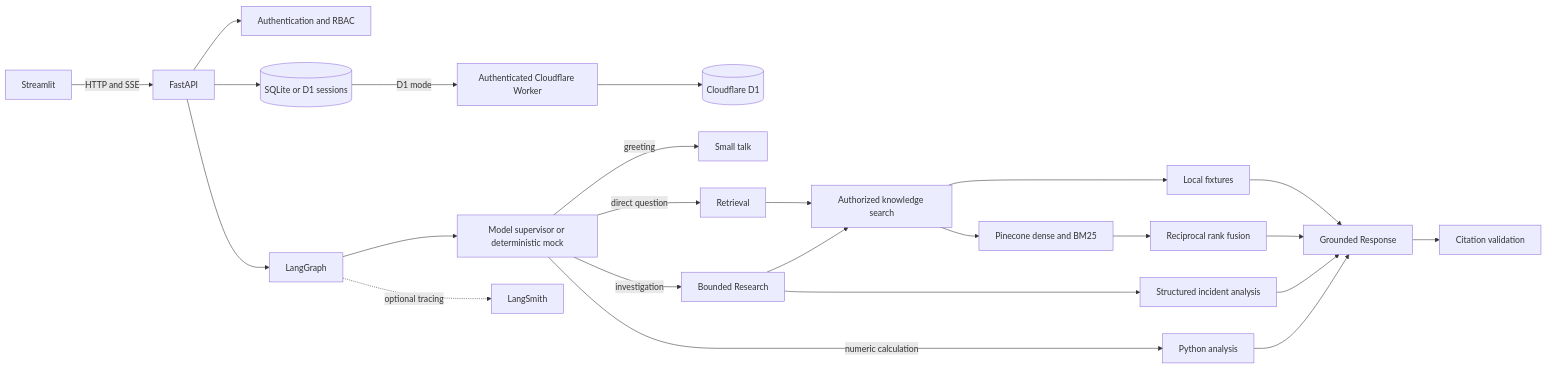
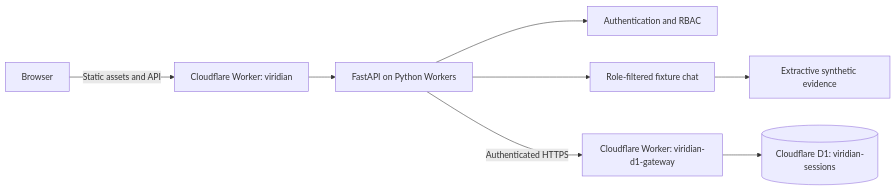
One commit to Thavarshan/enterprise-knowledge-assistant changed the diagram in README.md. Above: the diagram before and after it, drawn with Mermaid. The commit also changed other lines of this file and 62 other files, not shown here.

Commit message:
Deploy Viridian on Cloudflare

````diff
--- a/README.md
+++ b/README.md
@@ -21,26 +25,10 @@
 ```mermaid
 flowchart LR
-    UI[Streamlit] -->|HTTP and SSE| API[FastAPI]
+    B[Browser] -->|Static assets and API| W[Cloudflare Worker: viridian]
+    W --> API[FastAPI on Python Workers]
     API --> AUTH[Authentication and RBAC]
-  API --> MEM[(SQLite or D1 sessions)]
-  MEM -->|D1 mode| WORKER[Authenticated Cloudflare Worker]
-  WORKER --> D1[(Cloudflare D1)]
-    API --> GRAPH[LangGraph]
-    GRAPH --> SUP[Model supervisor or deterministic mock]
-    SUP -->|greeting| SMALL[Small talk]
-    SUP -->|direct question| RET[Retrieval]
-    SUP -->|investigation| RES[Bounded Research]
-    SUP -->|numeric calculation| ANA[Python analysis]
-    RET --> TOOL[Authorized knowledge search]
-    RES --> TOOL
-    RES --> IANA[Structured incident analysis]
-    TOOL --> FIXTURE[Local fixtures]
-    TOOL --> HYBRID[Pinecone dense and BM25]
-    HYBRID --> RRF[Reciprocal rank fusion]
-    FIXTURE --> RESP[Grounded Response]
-    RRF --> RESP
-    IANA --> RESP
-    ANA --> RESP
-    RESP --> VALIDATE[Citation validation]
-    GRAPH -. optional tracing .-> LS[LangSmith]
+    API --> CHAT[Role-filtered fixture chat]
+    CHAT --> RET[Extractive synthetic evidence]
+    API -->|Authenticated HTTPS| G[Cloudflare Worker: viridian-d1-gateway]
+    G --> D1[(Cloudflare D1: viridian-sessions)]
 ```
````
